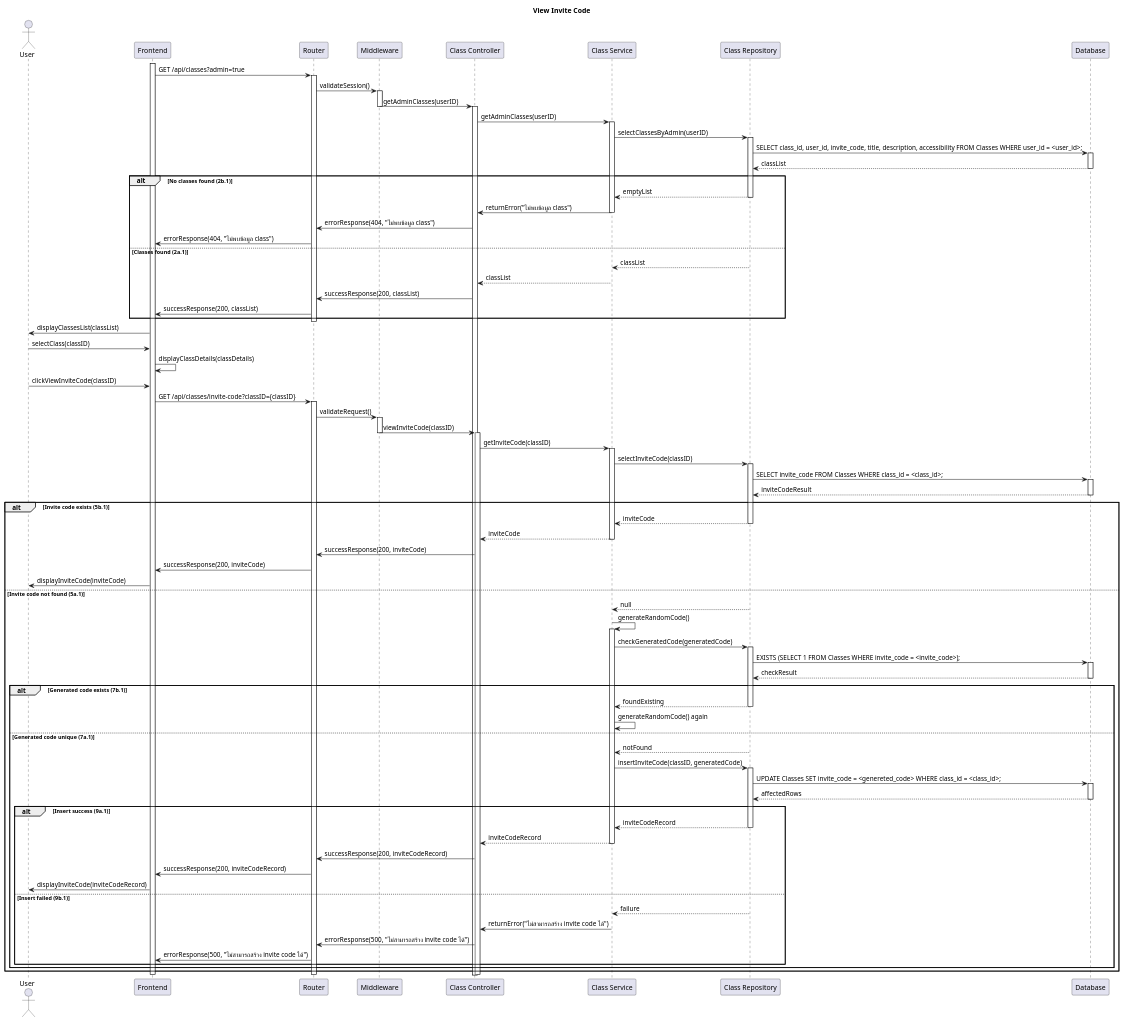
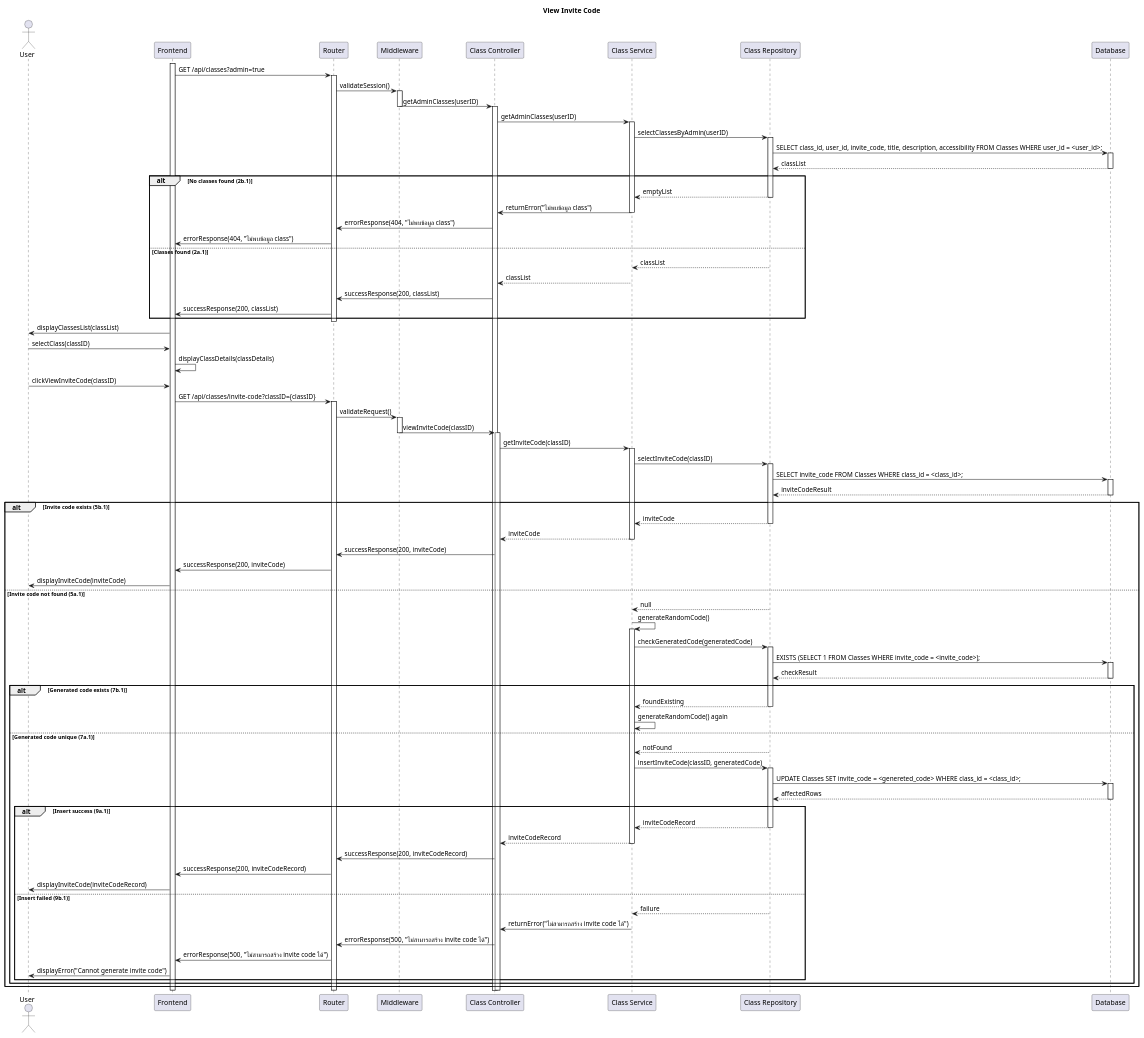
One commit to CS371-Project-Management/CS371-Sequence-Diagram changed the diagram in SD12-View-Invite-Code.puml. Above: the diagram before and after it, drawn with PlantUML. The commit also changed 4 other files, not shown here.

```diff
--- a/SD12-View-Invite-Code.puml
+++ b/SD12-View-Invite-Code.puml
@@ -1,123 +1,124 @@
 @startuml
 title View Invite Code
 
 actor User
 participant "Frontend" as FE
 participant Router
 participant "Middleware" as MW
 participant "Class Controller" as Controller
 participant "Class Service" as Service
 participant "Class Repository" as Repository
 participant "Database" as DB
 
 'Phase 1: Retrieve Admin Classes'
 activate FE
 FE -> Router: GET /api/classes?admin=true
 activate Router
 Router -> MW: validateSession()
 activate MW
 MW -> Controller: getAdminClasses(userID)
 deactivate MW
 activate Controller
 Controller -> Service: getAdminClasses(userID)
 activate Service
 Service -> Repository: selectClassesByAdmin(userID)
 activate Repository
 Repository -> DB: SELECT class_id, user_id, invite_code, title, description, accessibility FROM Classes WHERE user_id = <user_id>;
 activate DB
 DB --> Repository: classList
 deactivate DB
 alt No classes found (2b.1)
     Repository --> Service: emptyList
     deactivate Repository
     Service -> Controller: returnError("ไม่พบข้อมูล class")
     deactivate Service
     Controller -> Router: errorResponse(404, "ไม่พบข้อมูล class")
     Router -> FE: errorResponse(404, "ไม่พบข้อมูล class")
 else Classes found (2a.1)
     Repository --> Service: classList
     deactivate Repository
     Service --> Controller: classList
     deactivate Service
     Controller -> Router: successResponse(200, classList)
     Router -> FE: successResponse(200, classList)
 end
 deactivate Router
 FE -> User: displayClassesList(classList)
 
 'Phase 2: User selects class and clicks View Invite Code'
 User -> FE: selectClass(classID)
 FE -> FE: displayClassDetails(classDetails)
 User -> FE: clickViewInviteCode(classID)
 FE -> Router: GET /api/classes/invite-code?classID={classID}
 activate Router
 Router -> MW: validateRequest()
 activate MW
 MW -> Controller: viewInviteCode(classID)
 deactivate MW
 activate Controller
 Controller -> Service: getInviteCode(classID)
 activate Service
 Service -> Repository: selectInviteCode(classID)
 activate Repository
 Repository -> DB: SELECT invite_code FROM Classes WHERE class_id = <class_id>;
 activate DB
 DB --> Repository: inviteCodeResult
 deactivate DB
 alt Invite code exists (5b.1)
     Repository --> Service: inviteCode
     deactivate Repository
     Service --> Controller: inviteCode
     deactivate Service
     Controller -> Router: successResponse(200, inviteCode)
     Router -> FE: successResponse(200, inviteCode)
     FE -> User: displayInviteCode(inviteCode)
 else Invite code not found (5a.1)
     Repository --> Service: null
     deactivate Repository
     'Generate new invite code'
     Service -> Service: generateRandomCode()
     activate Service
     Service -> Repository: checkGeneratedCode(generatedCode)
     activate Repository
     Repository -> DB: EXISTS (SELECT 1 FROM Classes WHERE invite_code = <invite_code>);
     activate DB
     DB --> Repository: checkResult
     deactivate DB
     alt Generated code exists (7b.1)
         Repository --> Service: foundExisting
         deactivate Repository
         Service -> Service: generateRandomCode() again
         'Loop back to checking generated code'
     else Generated code unique (7a.1)
         Repository --> Service: notFound
         deactivate Repository
         Service -> Repository: insertInviteCode(classID, generatedCode)
         activate Repository
         Repository -> DB: UPDATE Classes SET invite_code = <genereted_code> WHERE class_id = <class_id>;
         activate DB
         DB --> Repository: affectedRows
         deactivate DB
         alt Insert success (9a.1)
             Repository --> Service: inviteCodeRecord
             deactivate Repository
             Service --> Controller: inviteCodeRecord
             deactivate Service
             Controller -> Router: successResponse(200, inviteCodeRecord)
             Router -> FE: successResponse(200, inviteCodeRecord)
             FE -> User: displayInviteCode(inviteCodeRecord)
         else Insert failed (9b.1)
             Repository --> Service: failure
             deactivate Repository
             Service -> Controller: returnError("ไม่สามารถสร้าง invite code ได้")
             deactivate Service
             Controller -> Router: errorResponse(500, "ไม่สามารถสร้าง invite code ได้")
             Router -> FE: errorResponse(500, "ไม่สามารถสร้าง invite code ได้")
+            FE -> User: displayError("Cannot generate invite code")
         end
     end
 end
 deactivate Controller
 deactivate Router
 deactivate FE
 
 @enduml
```
